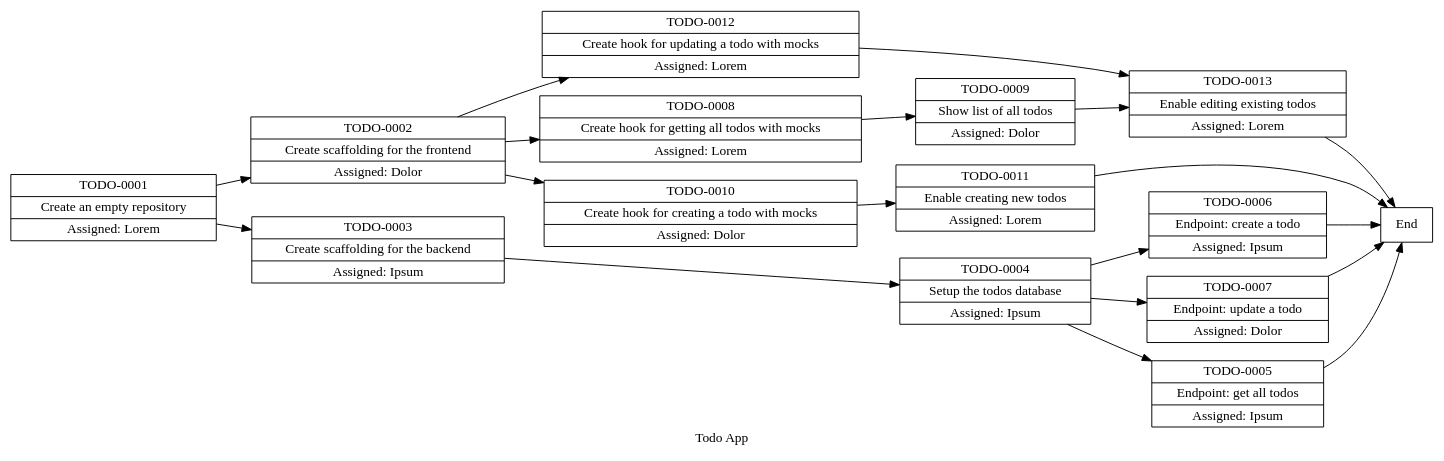
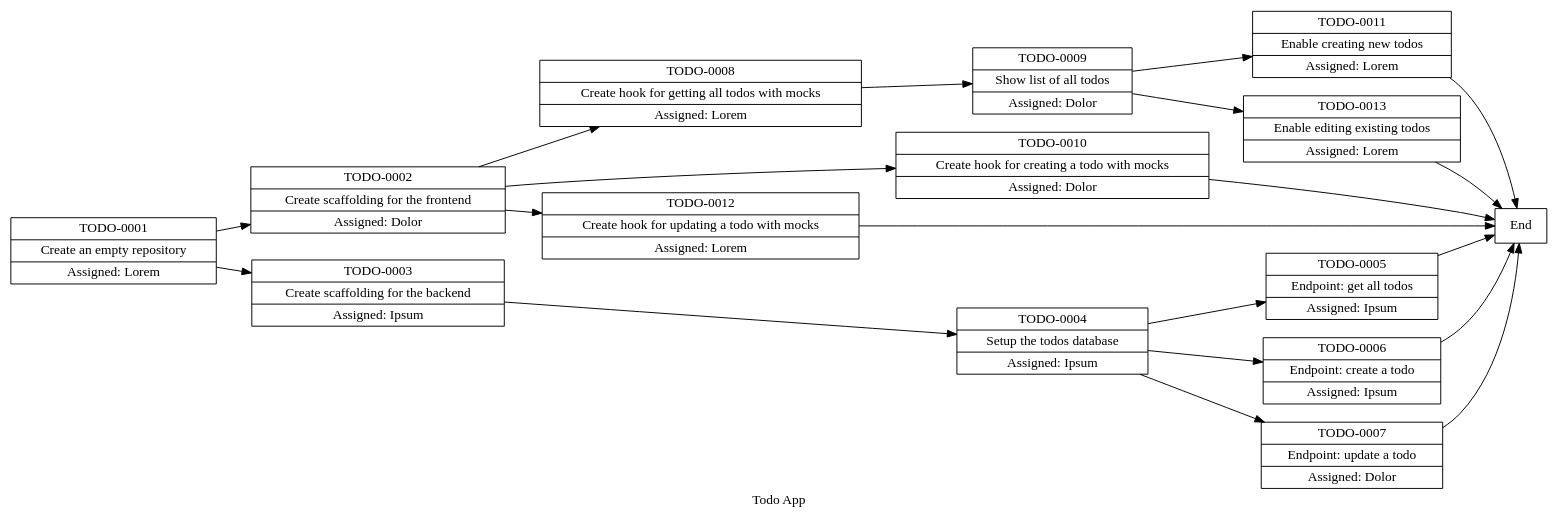
One commit to MCluck90/esti changed the diagram in examples/todo-app.dot. Above: the diagram before and after it, drawn with Graphviz. The commit also changed 13 other files, not shown here.

```diff
--- a/examples/todo-app.dot
+++ b/examples/todo-app.dot
@@ -1,38 +1,39 @@
 digraph G {
   rankdir="LR"
   label="Todo App"
 
   "___END" [label="End", shape="record"]
   "TODO-0001" [label="TODO-0001|Create an empty repository|Assigned: Lorem", shape="record"]
   "TODO-0002" [label="TODO-0002|Create scaffolding for the frontend|Assigned: Dolor", shape="record"]
-  "TODO-0003" [label="TODO-0003|Create scaffolding for the backend|Assigned: Ipsum", shape="record"]
-  "TODO-0004" [label="TODO-0004|Setup the todos database|Assigned: Ipsum", shape="record"]
-  "TODO-0005" [label="TODO-0005|Endpoint: get all todos|Assigned: Ipsum", shape="record"]
-  "TODO-0006" [label="TODO-0006|Endpoint: create a todo|Assigned: Ipsum", shape="record"]
-  "TODO-0007" [label="TODO-0007|Endpoint: update a todo|Assigned: Dolor", shape="record"]
   "TODO-0008" [label="TODO-0008|Create hook for getting all todos with mocks|Assigned: Lorem", shape="record"]
   "TODO-0009" [label="TODO-0009|Show list of all todos|Assigned: Dolor", shape="record"]
   "TODO-0010" [label="TODO-0010|Create hook for creating a todo with mocks|Assigned: Dolor", shape="record"]
   "TODO-0011" [label="TODO-0011|Enable creating new todos|Assigned: Lorem", shape="record"]
   "TODO-0012" [label="TODO-0012|Create hook for updating a todo with mocks|Assigned: Lorem", shape="record"]
   "TODO-0013" [label="TODO-0013|Enable editing existing todos|Assigned: Lorem", shape="record"]
+  "TODO-0003" [label="TODO-0003|Create scaffolding for the backend|Assigned: Ipsum", shape="record"]
+  "TODO-0004" [label="TODO-0004|Setup the todos database|Assigned: Ipsum", shape="record"]
+  "TODO-0005" [label="TODO-0005|Endpoint: get all todos|Assigned: Ipsum", shape="record"]
+  "TODO-0006" [label="TODO-0006|Endpoint: create a todo|Assigned: Ipsum", shape="record"]
+  "TODO-0007" [label="TODO-0007|Endpoint: update a todo|Assigned: Dolor", shape="record"]
 
   "TODO-0001" -> "TODO-0002"
   "TODO-0001" -> "TODO-0003"
   "TODO-0002" -> "TODO-0008"
   "TODO-0002" -> "TODO-0010"
   "TODO-0002" -> "TODO-0012"
+  "TODO-0008" -> "TODO-0009"
+  "TODO-0009" -> "TODO-0011"
+  "TODO-0009" -> "TODO-0013"
+  "TODO-0010" -> "___END"
+  "TODO-0011" -> "___END"
+  "TODO-0012" -> "___END"
+  "TODO-0013" -> "___END"
   "TODO-0003" -> "TODO-0004"
   "TODO-0004" -> "TODO-0005"
   "TODO-0004" -> "TODO-0006"
   "TODO-0004" -> "TODO-0007"
   "TODO-0005" -> "___END"
   "TODO-0006" -> "___END"
   "TODO-0007" -> "___END"
-  "TODO-0008" -> "TODO-0009"
-  "TODO-0009" -> "TODO-0013"
-  "TODO-0010" -> "TODO-0011"
-  "TODO-0011" -> "___END"
-  "TODO-0012" -> "TODO-0013"
-  "TODO-0013" -> "___END"
 }
```
